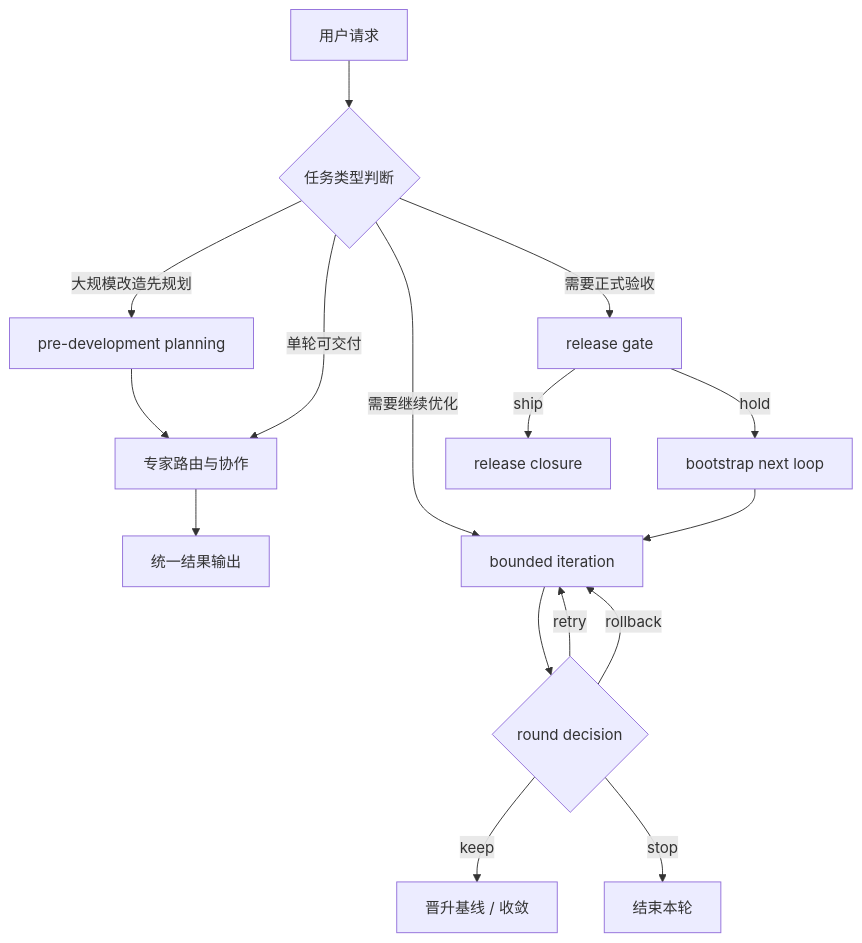
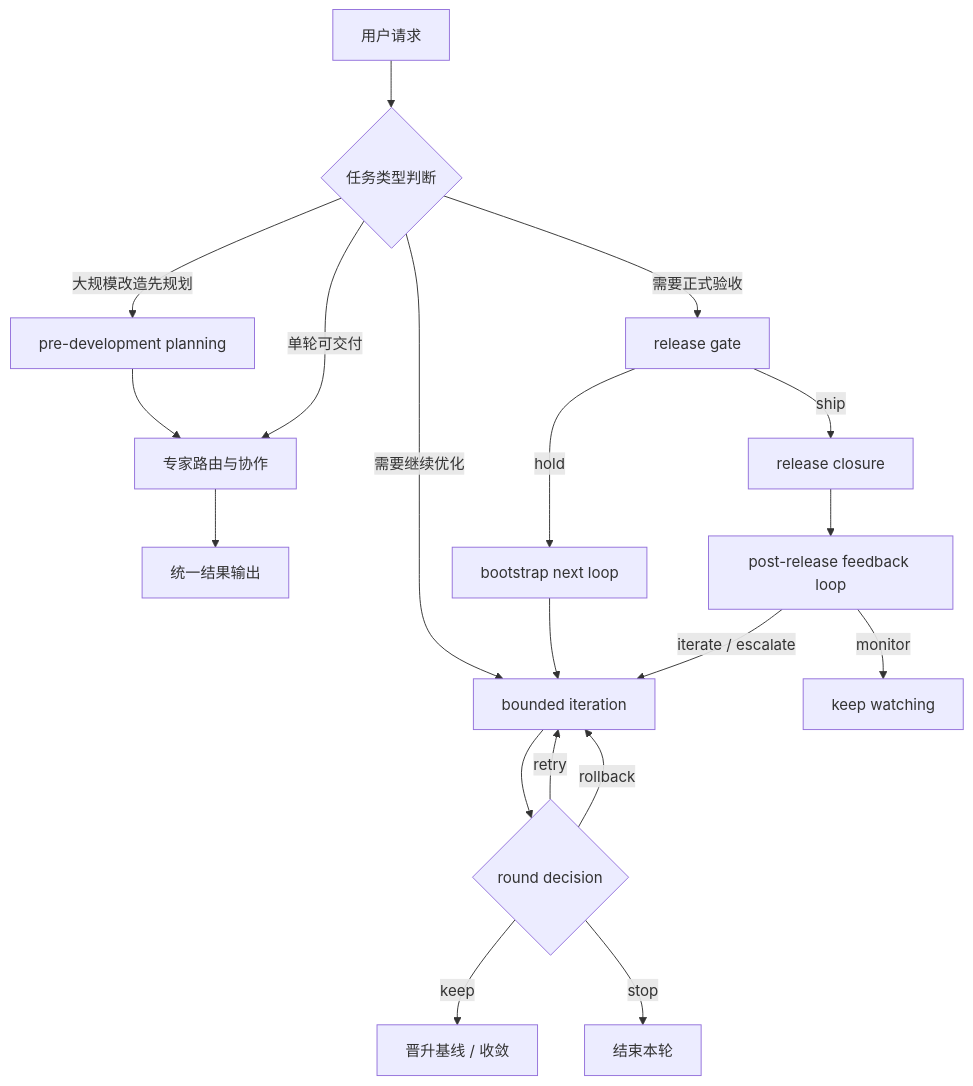
The first of 3 diagrams in references/workflow-sequences.md (fxbin/virtual-intelligent-dev-team), drawn with Mermaid before and after one commit. The commit also changed other lines of this file and 39 other files, not shown here.

````diff
--- a/references/workflow-sequences.md
+++ b/references/workflow-sequences.md
@@ -26,21 +30,24 @@
 ```mermaid
 flowchart TD
     A[用户请求] --> B{任务类型判断}
     B -->|大规模改造先规划| P[pre-development planning]
     P --> C[专家路由与协作]
 
     B -->|单轮可交付| C
     C --> D[统一结果输出]
 
     B -->|需要继续优化| E[bounded iteration]
     E --> F{round decision}
     F -->|keep| G[晋升基线 / 收敛]
     F -->|retry| E
     F -->|rollback| E
     F -->|stop| H[结束本轮]
 
     B -->|需要正式验收| I[release gate]
     I -->|ship| J[release closure]
     I -->|hold| K[bootstrap next loop]
     K --> E
+    J --> L[post-release feedback loop]
+    L -->|monitor| M[keep watching]
+    L -->|iterate / escalate| E
 ```
````
